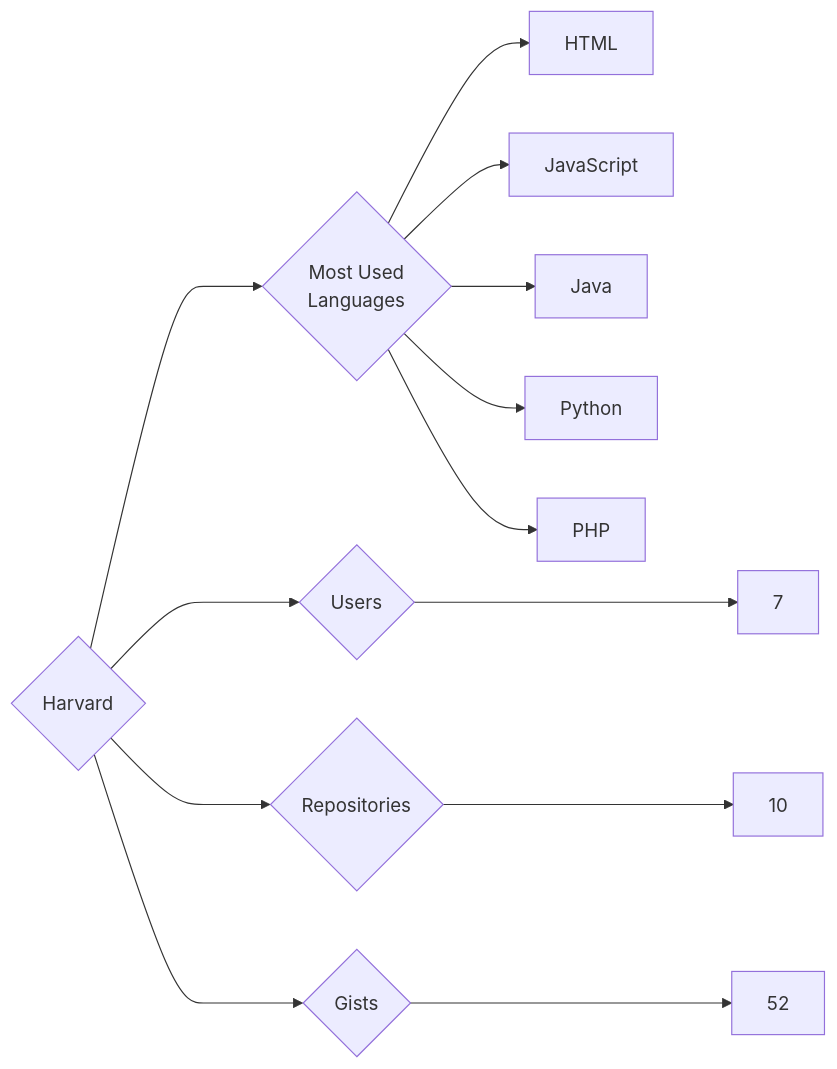
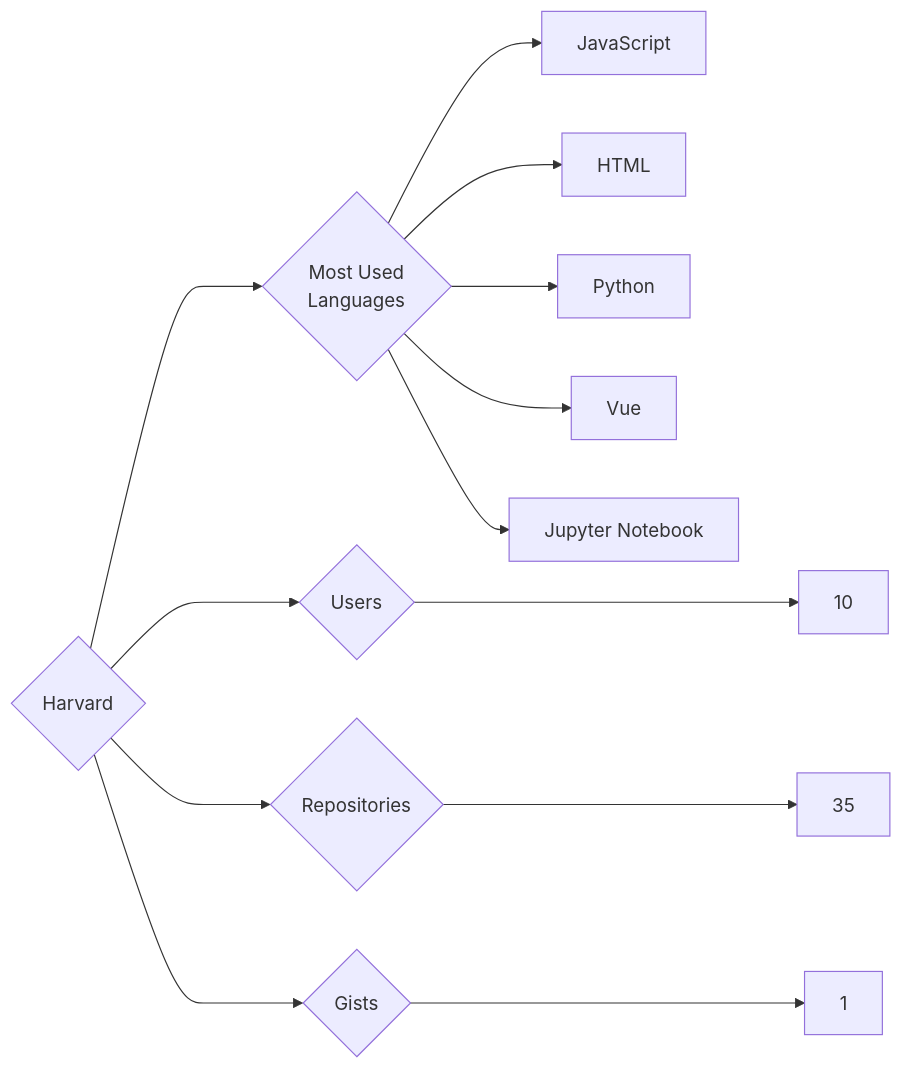
The diagram in targets/Harvard/README.md (trickest/insiders), drawn with Mermaid before and after one commit. The commit also changed 1167 other files, not shown here.

````diff
--- a/targets/Harvard/README.md
+++ b/targets/Harvard/README.md
@@ -3,13 +3,13 @@
 ```mermaid
 graph LR
 COMPANY_NAME{Harvard}
-COMPANY_NAME ---> U{Users} ---> UN[7]
-COMPANY_NAME ---> R{Repositories} ---> RN[10]
-COMPANY_NAME ---> G{Gists} ---> GN[52]
+COMPANY_NAME ---> U{Users} ---> UN[10]
+COMPANY_NAME ---> R{Repositories} ---> RN[35]
+COMPANY_NAME ---> G{Gists} ---> GN[1]
 COMPANY_NAME ---> ML{Most Used<br>Languages}
+ML --> JavaScript[JavaScript]
 ML --> HTML[HTML]
-ML --> JavaScript[JavaScript]
-ML --> Java[Java]
 ML --> Python[Python]
-ML --> PHP[PHP]
+ML --> Vue[Vue]
+ML --> Jupyter_Notebook[Jupyter Notebook]
 ```
````
